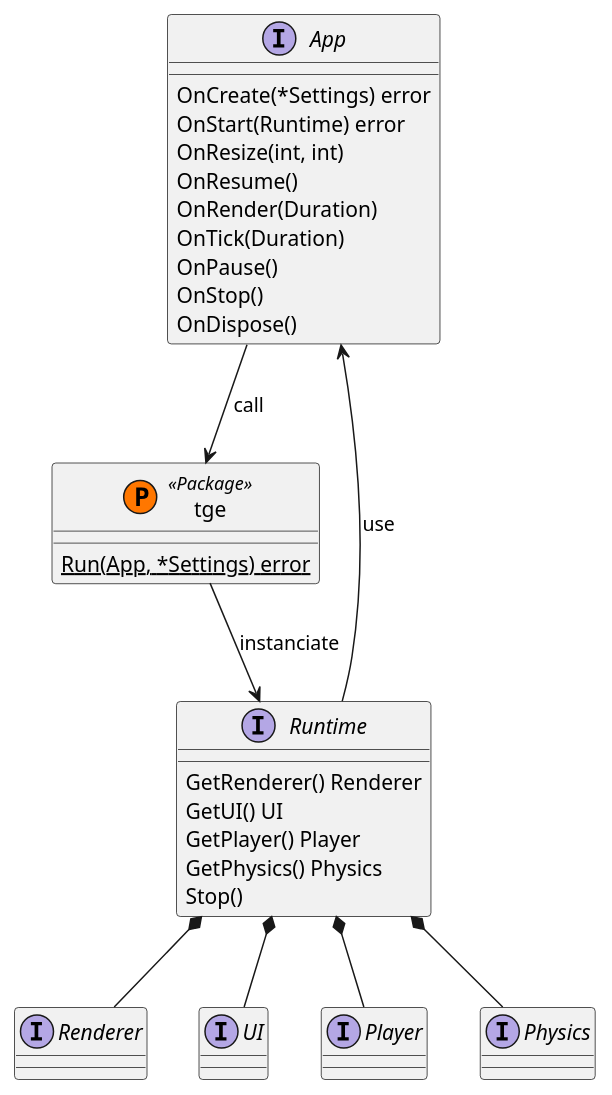
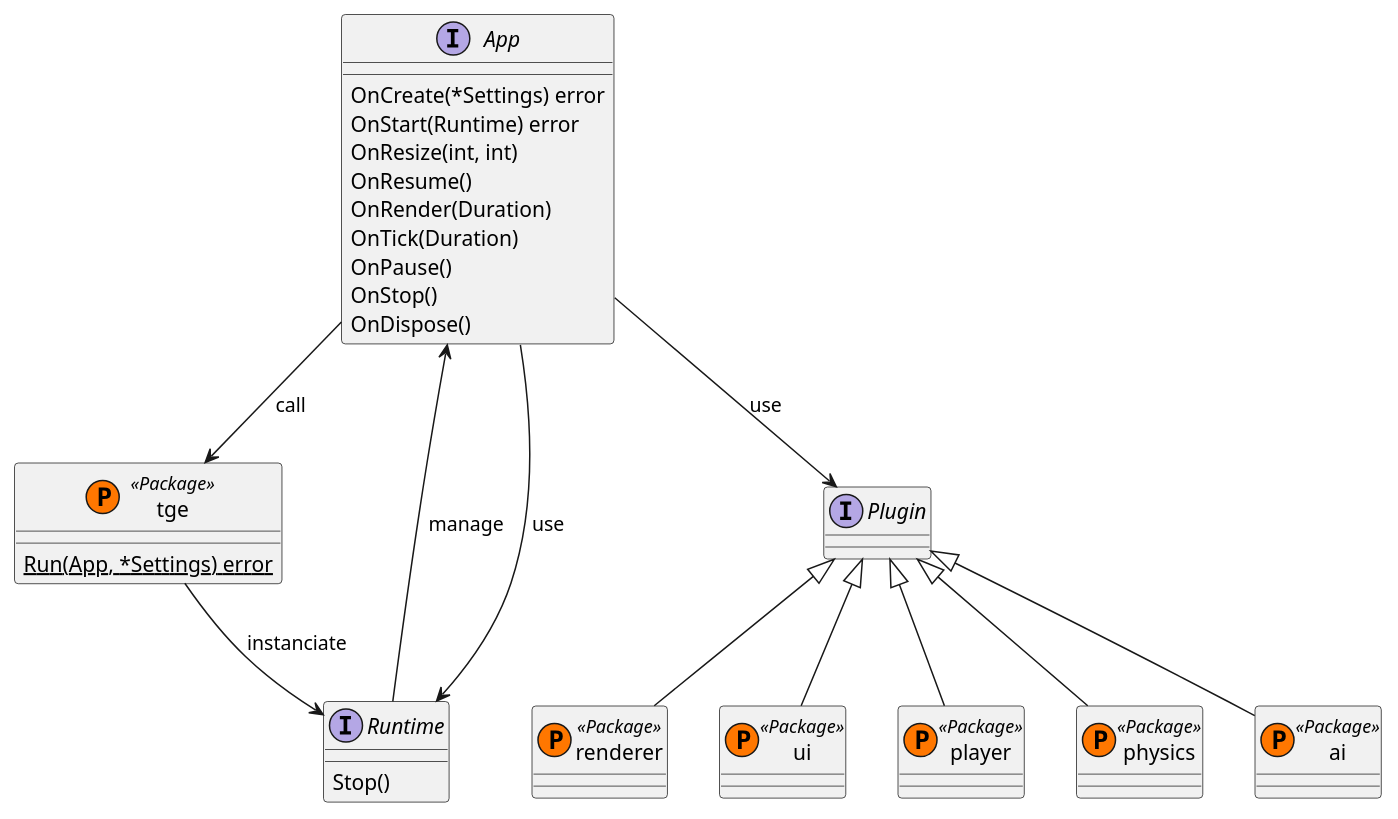
The diagram in specs/api.puml (Thommil/tge), drawn with PlantUML before and after one commit. The commit also changed 24 other files, not shown here.

```diff
--- a/specs/api.puml
+++ b/specs/api.puml
@@ -2,48 +2,51 @@
 @startuml API
 ' Components
 interface App {
     OnCreate(*Settings) error
     OnStart(Runtime) error
     OnResize(int, int)
     OnResume()
     OnRender(Duration)
     OnTick(Duration)
     OnPause()
     OnStop()
     OnDispose()
 }
 
 class tge << (P,#FF7700) Package >> {
     {static} Run(App, *Settings) error
 }
 
 interface Runtime {
-    GetRenderer() Renderer
-    GetUI() UI
-    GetPlayer() Player
-    GetPhysics() Physics
     Stop()
 }
 
-interface Renderer {
+interface Plugin{
 }
 
-interface UI {
+class renderer << (P,#FF7700) Package >> {
 }
-
-interface Player {
+class ui << (P,#FF7700) Package >> {
 }
-
-interface Physics {
+class player << (P,#FF7700) Package >> {
+}
+class physics << (P,#FF7700) Package >> {
+}
+class ai << (P,#FF7700) Package >> {
 }
 
 ' Relations
 App --> tge : call
 tge --> Runtime : instanciate
-App <-- Runtime : use
+App <-- Runtime : manage
+App --> Runtime : use
+App --> Plugin : use
 
-Runtime *-- Renderer
-Runtime *-- UI
-Runtime *-- Player
-Runtime *-- Physics
+Plugin <|-- renderer
+Plugin <|-- player
+Plugin <|-- ui
+Plugin <|-- physics
+Plugin <|-- ai
+
+
 @enduml
```
